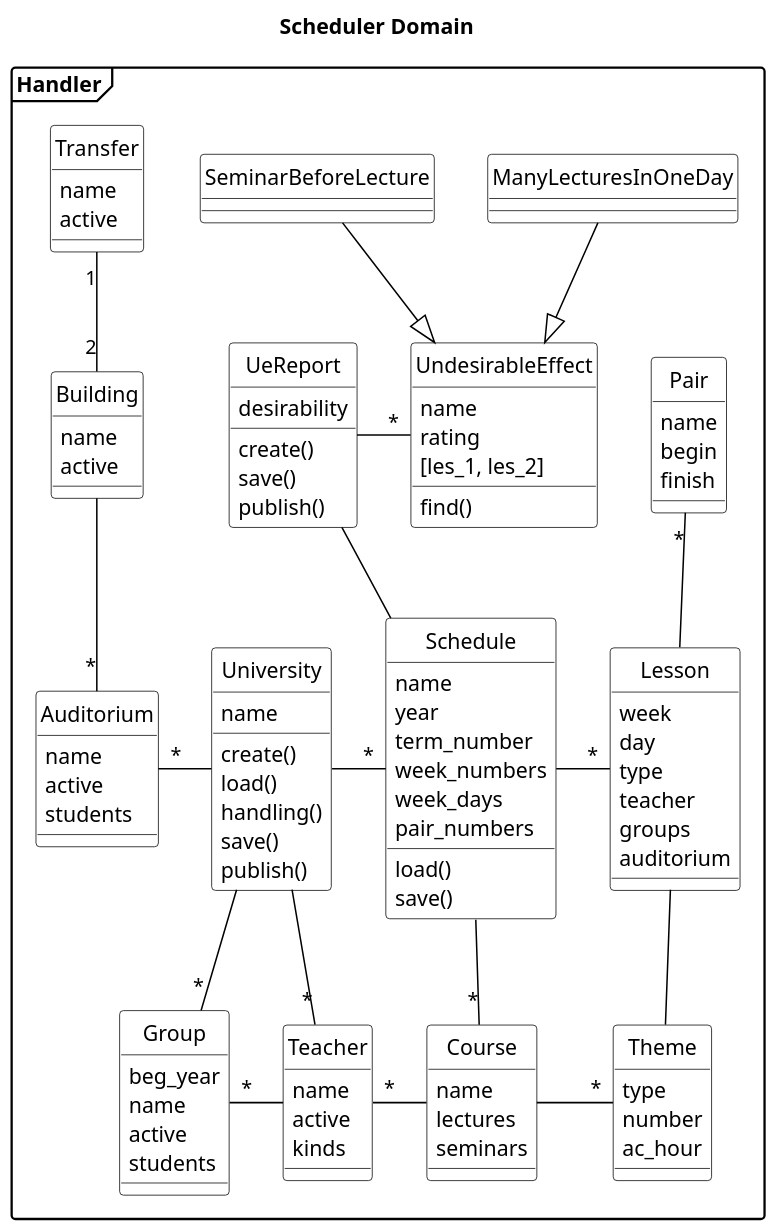
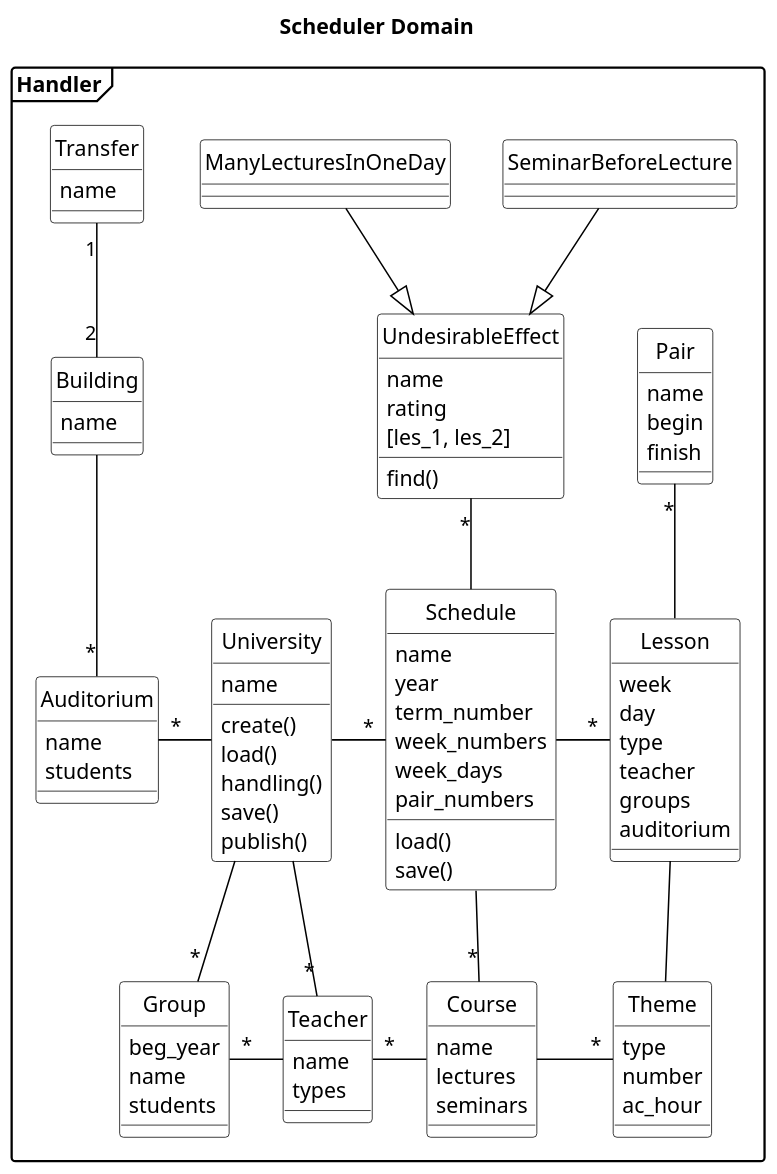
Before and after one commit to AlexFatkin/UniversityScheduleController: the diagram in Docs/Scheduler_classes_15.puml, drawn with PlantUML. The commit also changed 2 other files, not shown here.

Commit message:
Scheduler_classes_15.puml remove UeReport

```diff
--- a/Docs/Scheduler_classes_15.puml
+++ b/Docs/Scheduler_classes_15.puml
@@ -2,134 +2,133 @@
 @startuml
 title Scheduler Domain
 skinparam class {
 BackgroundColor White
 ArrowColor Black
 BorderColor Black
 }
 skinparam object {
 BackgroundColor White
 ArrowColor Black
 BorderColor Black
 }
 hide circle
 'hide members
 scale 1.3
 skinparam DefaultTextAlignment left
 skinparam shadowing false
 'skinparam monochrome true
 skinparam packageStyle frame
 
 
 package Handler {
 'note "Spread:\n Ask & Bid\n lots in deal" as spread
 class UndesirableEffect{
 name
 rating
 [les_1, les_2]
 find()
 }
 class SeminarBeforeLecture{
 }
 class ManyLecturesInOneDay{
 }
-class UeReport{
-desirability
-create()
-save()
-publish()
-}
+'class UeReport{
+'desirability
+'create()
+'save()
+'publish()
+'}
 class University{
 name
 create()
 load()
 handling()
 save()
 publish()
 }
 class Schedule{
 name
 year
 term_number
 week_numbers
 week_days
 pair_numbers
 load()
 save()
 }
 class Lesson{
 week
 day
 'pair
 type
 teacher
 groups
 auditorium
 }
 class Teacher{
 name
-active
-kinds
+types
+'active
 'e-mail
 }
 class Course{
 name
 lectures
 seminars
-'workload
 }
 class Pair {
 name
 begin
 finish
 '}
 'class Student{
 'id
 'e-mail
 }
 class Group{
 beg_year
 name
-active
+'active
 students
 'students
 }
 class Transfer {
 name
-active
+'active
 }
 class Building {
 name
-active
+'active
 }
 class Auditorium {
 name
-active
+'active
 students
 'address
 }
 class Theme{
 type
 number
 ac_hour
 }
 
 University -"*" Schedule
 Schedule -"*" Lesson
 University --"*"Group
 University --"*" Teacher
-'UndesirableEffect "*"--Schedule
+UndesirableEffect "*"--Schedule
 SeminarBeforeLecture --|> UndesirableEffect
 ManyLecturesInOneDay --|> UndesirableEffect
-UeReport -- Schedule
-UndesirableEffect "*" - UeReport
+'UeReport -- Schedule
+'UndesirableEffect "*" - UeReport
 Schedule --"*" Course
 Group "*"-Teacher
 Lesson -- Theme
 Pair "*"-- Lesson
 Course -"*" Theme
 Auditorium "*"- University
 Teacher "*"- Course
 Transfer "1"--"2" Building
 Building --"*" Auditorium
 'Group -"*" Student
 @enduml
```
